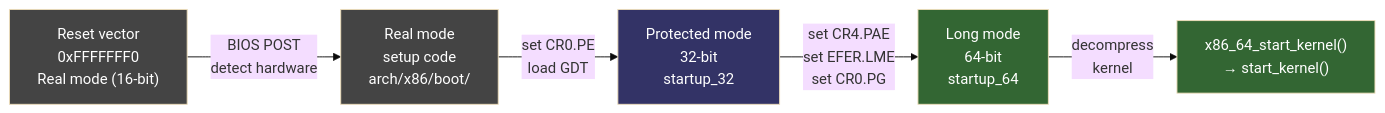
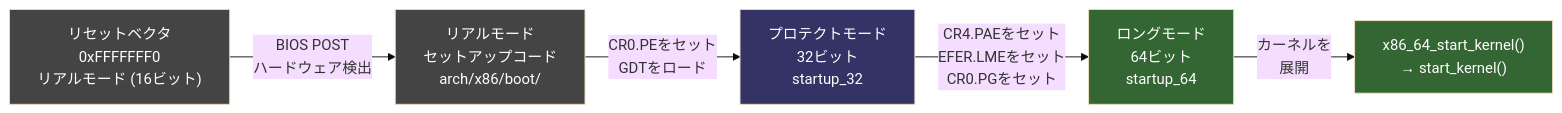
The diagram in docs/arch/x86/README.md (doguto/linux-kernel-internals-jp), drawn with Mermaid (base theme) before and after one commit. The commit also changed other lines of this file and 34 other files, not shown here.

````diff
--- a/docs/arch/x86/README.md
+++ b/docs/arch/x86/README.md
@@ -20,13 +20,13 @@
 ```mermaid
 graph LR
-    A["Reset vector<br/>0xFFFFFFF0<br/>Real mode (16-bit)"] -->|"BIOS POST<br/>detect hardware"| B["Real mode<br/>setup code<br/>arch/x86/boot/"]
-    B -->|"set CR0.PE<br/>load GDT"| C["Protected mode<br/>32-bit<br/>startup_32"]
-    C -->|"set CR4.PAE<br/>set EFER.LME<br/>set CR0.PG"| D["Long mode<br/>64-bit<br/>startup_64"]
-    D -->|"decompress<br/>kernel"| E["x86_64_start_kernel()<br/>→ start_kernel()"]
+    A["リセットベクタ<br/>0xFFFFFFF0<br/>リアルモード (16ビット)"] -->|"BIOS POST<br/>ハードウェア検出"| B["リアルモード<br/>セットアップコード<br/>arch/x86/boot/"]
+    B -->|"CR0.PEをセット<br/>GDTをロード"| C["プロテクトモード<br/>32ビット<br/>startup_32"]
+    C -->|"CR4.PAEをセット<br/>EFER.LMEをセット<br/>CR0.PGをセット"| D["ロングモード<br/>64ビット<br/>startup_64"]
+    D -->|"カーネルを<br/>展開"| E["x86_64_start_kernel()<br/>→ start_kernel()"]
 
     style A fill:#444,color:#fff
     style B fill:#444,color:#fff
     style C fill:#336,color:#fff
     style D fill:#363,color:#fff
     style E fill:#363,color:#fff
 ```
````
